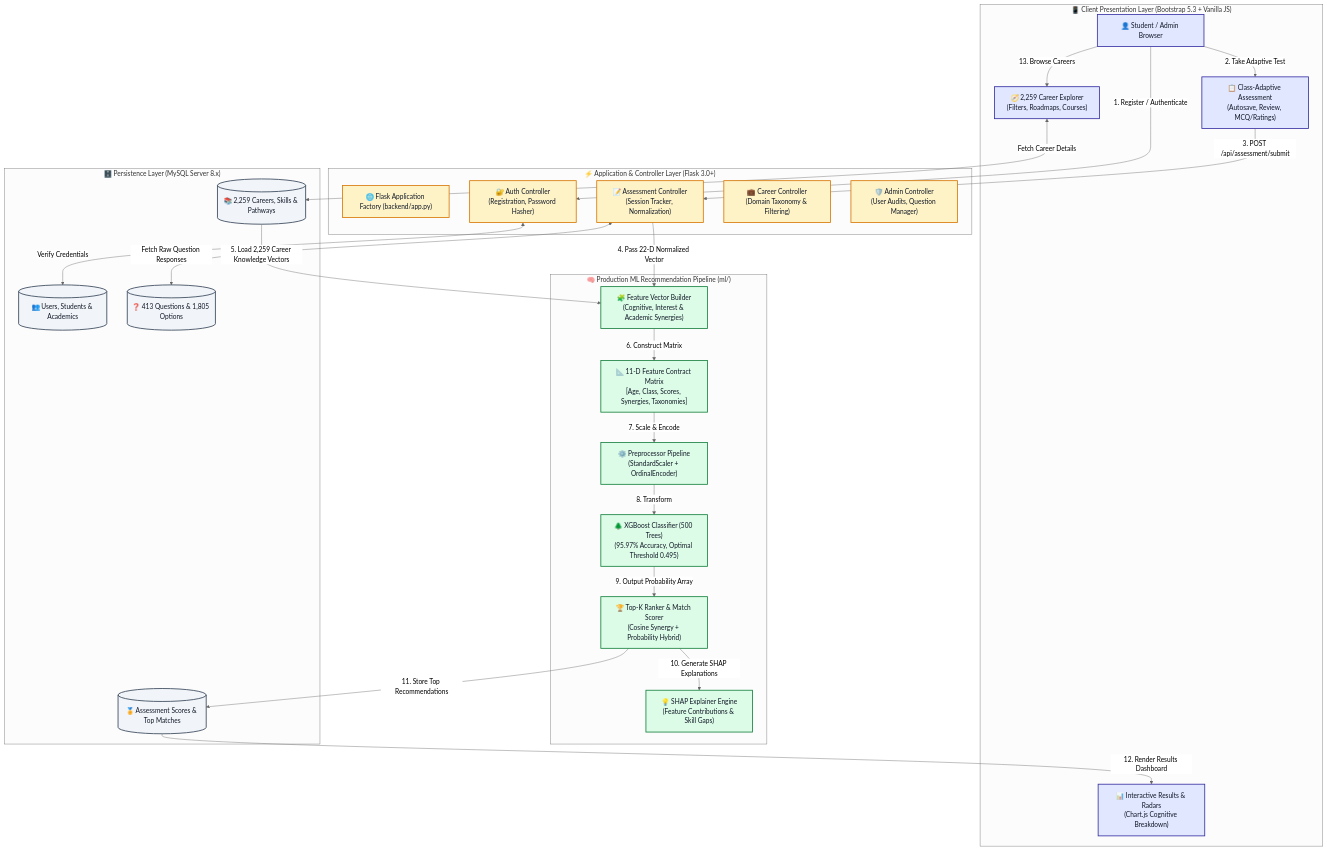
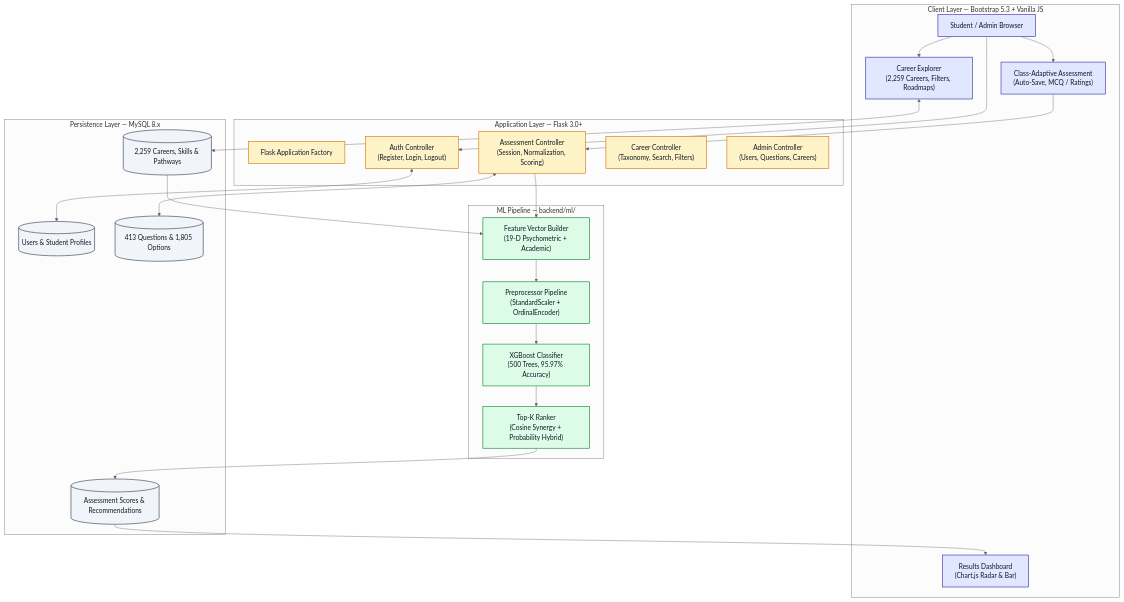
Before and after one commit to AMB-007/Personalized-Career-Recommendation-System-Using-Machine-Learning: the first of 2 diagrams in README.md, drawn with Mermaid (neutral theme). The commit also changed other lines of this file, not shown here.

Commit message:
docs: professional README rewrite - clean structure, no SHAP/ML comparison images

````diff
--- a/README.md
+++ b/README.md
@@ -66,58 +82,49 @@
 ```mermaid
 flowchart TB
-    %% Styling Definitions
-    classDef client fill:#E0E7FF,stroke:#3730A3,stroke-width:2px,color:#111827;
-    classDef flask fill:#FEF3C7,stroke:#D97706,stroke-width:2px,color:#111827;
-    classDef ml fill:#DCFCE7,stroke:#15803D,stroke-width:2px,color:#111827;
-    classDef db fill:#F1F5F9,stroke:#334155,stroke-width:2px,color:#111827;
-    classDef viz fill:#FCE7F3,stroke:#9D174D,stroke-width:2px,color:#111827;
+    classDef client  fill:#E0E7FF,stroke:#3730A3,stroke-width:1.5px,color:#111827
+    classDef flask   fill:#FEF3C7,stroke:#D97706,stroke-width:1.5px,color:#111827
+    classDef ml      fill:#DCFCE7,stroke:#15803D,stroke-width:1.5px,color:#111827
+    classDef db      fill:#F1F5F9,stroke:#334155,stroke-width:1.5px,color:#111827
 
-    subgraph ClientLayer [" 📱 Client Presentation Layer (Bootstrap 5.3 + Vanilla JS) "]
-        A["👤 Student / Admin Browser"]:::client
-        A1["📋 Class-Adaptive Assessment<br/>(Autosave, Review, MCQ/Ratings)"]:::client
-        A2["📊 Interactive Results & Radars<br/>(Chart.js Cognitive Breakdown)"]:::client
-        A3["🧭 2,259 Career Explorer<br/>(Filters, Roadmaps, Courses)"]:::client
+    subgraph Client [" Client Layer — Bootstrap 5.3 + Vanilla JS "]
+        A["Student / Admin Browser"]:::client
+        A1["Class-Adaptive Assessment<br/>(Auto-Save, MCQ / Ratings)"]:::client
+        A2["Results Dashboard<br/>(Chart.js Radar & Bar)"]:::client
+        A3["Career Explorer<br/>(2,259 Careers, Filters, Roadmaps)"]:::client
     end
 
-    subgraph AppLayer [" ⚡ Application & Controller Layer (Flask 3.0+) "]
-        B["🌐 Flask Application Factory (backend/app.py)"]:::flask
-        B1["🔐 Auth Controller<br/>(Registration, Password Hasher)"]:::flask
-        B2["📝 Assessment Controller<br/>(Session Tracker, Normalization)"]:::flask
-        B3["💼 Career Controller<br/>(Domain Taxonomy & Filtering)"]:::flask
-        B4["🛡️ Admin Controller<br/>(User Audits, Question Manager)"]:::flask
+    subgraph App [" Application Layer — Flask 3.0+ "]
+        B["Flask Application Factory"]:::flask
+        B1["Auth Controller<br/>(Register, Login, Logout)"]:::flask
+        B2["Assessment Controller<br/>(Session, Normalization, Scoring)"]:::flask
+        B3["Career Controller<br/>(Taxonomy, Search, Filters)"]:::flask
+        B4["Admin Controller<br/>(Users, Questions, Careers)"]:::flask
     end
 
-    subgraph MLLayer [" 🧠 Production ML Recommendation Pipeline (ml/) "]
-        C1["🧩 Feature Vector Builder<br/>(Cognitive, Interest & Academic Synergies)"]:::ml
-        C2["📐 11-D Feature Contract Matrix<br/>[Age, Class, Scores, Synergies, Taxonomies]"]:::ml
-        C3["⚙️ Preprocessor Pipeline<br/>(StandardScaler + OrdinalEncoder)"]:::ml
-        C4["🌲 XGBoost Classifier (500 Trees)<br/>(95.97% Accuracy, Optimal Threshold 0.495)"]:::ml
-        C5["🏆 Top-K Ranker & Match Scorer<br/>(Cosine Synergy + Probability Hybrid)"]:::ml
-        C6["💡 SHAP Explainer Engine<br/>(Feature Contributions & Skill Gaps)"]:::ml
+    subgraph ML [" ML Pipeline — backend/ml/ "]
+        C1["Feature Vector Builder<br/>(19-D Psychometric + Academic)"]:::ml
+        C2["Preprocessor Pipeline<br/>(StandardScaler + OrdinalEncoder)"]:::ml
+        C3["XGBoost Classifier<br/>(500 Trees, 95.97% Accuracy)"]:::ml
+        C4["Top-K Ranker<br/>(Cosine Synergy + Probability Hybrid)"]:::ml
     end
 
-    subgraph DBLayer [" 🗄️ Persistence Layer (MySQL Server 8.x) "]
-        D1[("👥 Users, Students & Academics")]:::db
-        D2[("❓ 413 Questions & 1,805 Options")]:::db
-        D3[("📚 2,259 Careers, Skills & Pathways")]:::db
-        D4[("🏅 Assessment Scores & Top Matches")]:::db
+    subgraph DB [" Persistence Layer — MySQL 8.x "]
+        D1[("Users & Student Profiles")]:::db
+        D2[("413 Questions & 1,805 Options")]:::db
+        D3[("2,259 Careers, Skills & Pathways")]:::db
+        D4[("Assessment Scores & Recommendations")]:::db
     end
 
-    %% Flowlines
-    A -->|"1. Register / Authenticate"| B1
-    B1 <-->|"Verify Credentials"| D1
-    A -->|"2. Take Adaptive Test"| A1
-    A1 -->|"3. POST /api/assessment/submit"| B2
-    B2 <-->|"Fetch Raw Question Responses"| D2
-    B2 -->|"4. Pass 22-D Normalized Vector"| C1
-    D3 -->|"5. Load 2,259 Career Knowledge Vectors"| C1
-    C1 -->|"6. Construct Matrix"| C2
-    C2 -->|"7. Scale & Encode"| C3
-    C3 -->|"8. Transform"| C4
-    C4 -->|"9. Output Probability Array"| C5
-    C5 -->|"10. Generate SHAP Explanations"| C6
-    C5 -->|"11. Store Top Recommendations"| D4
-    D4 -->|"12. Render Results Dashboard"| A2
-    A -->|"13. Browse Careers"| A3
-    A3 <-->|"Fetch Career Details"| D3
+    A --> B1
+    B1 <--> D1
+    A --> A1
+    A1 --> B2
+    B2 <--> D2
+    B2 --> C1
+    D3 --> C1
+    C1 --> C2 --> C3 --> C4
+    C4 --> D4
+    D4 --> A2
+    A --> A3
+    A3 <--> D3
 ```
````
